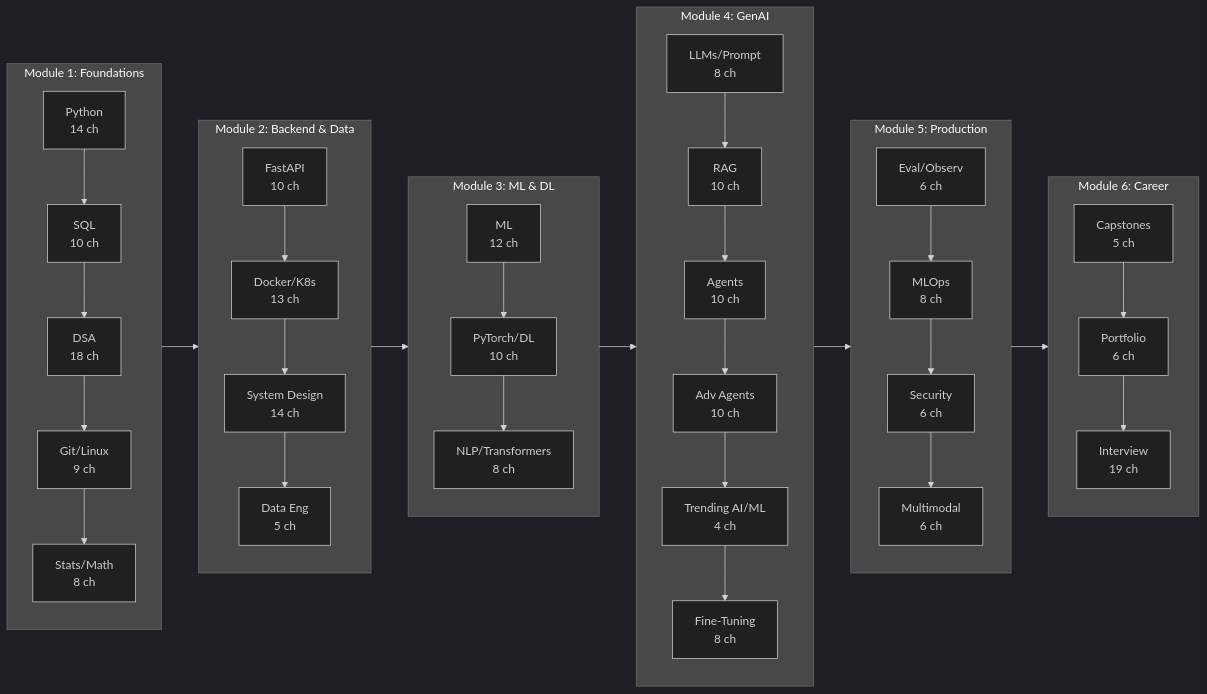
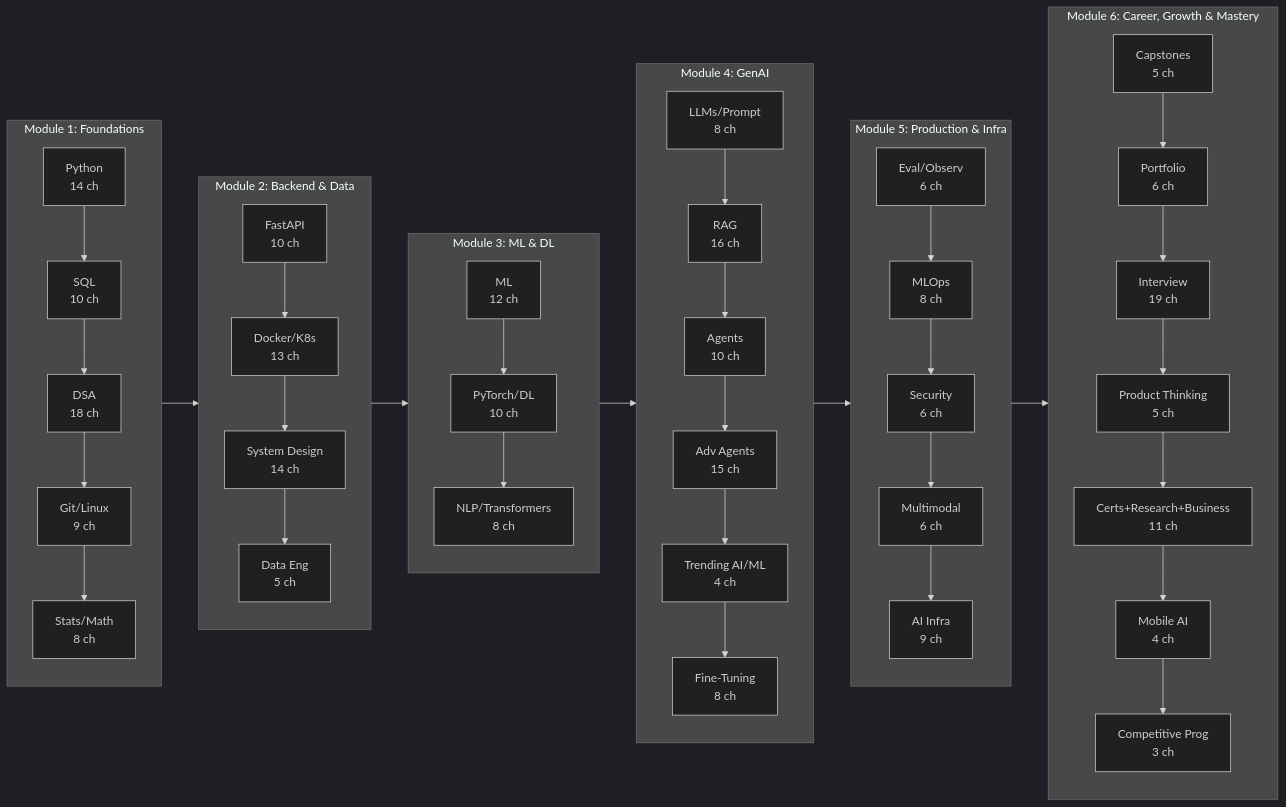
Before and after one commit to Raushan666java/ai-engineering-journey: the first of 2 diagrams in docs/courses/ai-engineering-placement/index.md, drawn with Mermaid (dark theme). The commit also changed other lines of this file and 63 other files, not shown here.

````diff
--- a/docs/courses/ai-engineering-placement/index.md
+++ b/docs/courses/ai-engineering-placement/index.md
@@ -44,39 +44,44 @@
 ```mermaid
 flowchart LR
     subgraph M1[Module 1: Foundations]
         P1[Python<br/>14 ch] --> SQL[SQL<br/>10 ch]
         SQL --> DSA[DSA<br/>18 ch]
         DSA --> GLC[Git/Linux<br/>9 ch]
         GLC --> STAT[Stats/Math<br/>8 ch]
     end
     subgraph M2[Module 2: Backend & Data]
         FB[FastAPI<br/>10 ch] --> DKC[Docker/K8s<br/>13 ch]
         DKC --> SD[System Design<br/>14 ch]
         SD --> DE[Data Eng<br/>5 ch]
     end
     subgraph M3[Module 3: ML & DL]
         ML[ML<br/>12 ch] --> DL[PyTorch/DL<br/>10 ch]
         DL --> NLP[NLP/Transformers<br/>8 ch]
     end
     subgraph M4[Module 4: GenAI]
-        LLM[LLMs/Prompt<br/>8 ch] --> RAG[RAG<br/>10 ch]
+        LLM[LLMs/Prompt<br/>8 ch] --> RAG[RAG<br/>16 ch]
         RAG --> AGE[Agents<br/>10 ch]
-        AGE --> AAA[Adv Agents<br/>10 ch]
+        AGE --> AAA[Adv Agents<br/>15 ch]
         AAA --> TMP[Trending AI/ML<br/>4 ch]
         TMP --> FT[Fine-Tuning<br/>8 ch]
     end
-    subgraph M5[Module 5: Production]
+    subgraph M5[Module 5: Production & Infra]
         EVAL[Eval/Observ<br/>6 ch] --> MLOps[MLOps<br/>8 ch]
         MLOps --> SEC[Security<br/>6 ch]
         SEC --> MM[Multimodal<br/>6 ch]
+        MM --> AIF[AI Infra<br/>9 ch]
     end
-    subgraph M6[Module 6: Career]
+    subgraph M6[Module 6: Career, Growth & Mastery]
         CAP[Capstones<br/>5 ch] --> PORT[Portfolio<br/>6 ch]
         PORT --> INT[Interview<br/>19 ch]
+        INT --> PT[Product Thinking<br/>5 ch]
+        PT --> CERT[Certs+Research+Business<br/>11 ch]
+        CERT --> MOBILE[Mobile AI<br/>4 ch]
+        MOBILE --> CP[Competitive Prog<br/>3 ch]
     end
     M1 --> M2
     M2 --> M3
     M3 --> M4
     M4 --> M5
     M5 --> M6
 ```
````
